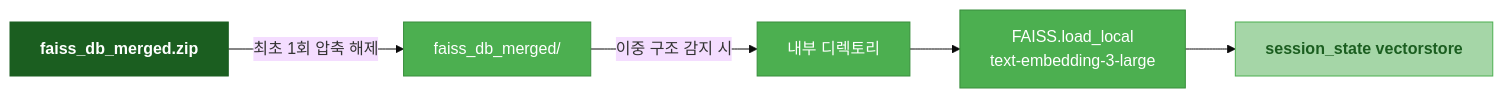
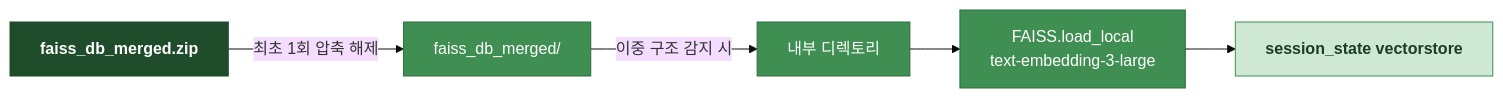
Before and after one commit to young017/VEGAN: the third of 3 diagrams in README.md, drawn with Mermaid (base theme). The commit also changed other lines of this file, not shown here.

````diff
--- a/README.md
+++ b/README.md
@@ -52,11 +53,11 @@
 ```mermaid
 flowchart LR
-    classDef file   fill:#1b5e20,stroke:#1b5e20,color:#fff,font-weight:bold
-    classDef proc   fill:#4CAF50,stroke:#388E3C,color:#fff
-    classDef result fill:#A5D6A7,stroke:#4CAF50,color:#1b5e20,font-weight:bold
+    classDef file   fill:#1F4D2B,stroke:#1F4D2B,color:#fff,font-weight:bold
+    classDef proc   fill:#3F8F52,stroke:#2E6E3E,color:#fff
+    classDef result fill:#CFE8D3,stroke:#3F8F52,color:#1B3D24,font-weight:bold
 
     A[faiss_db_merged.zip]:::file -->|최초 1회 압축 해제| B[faiss_db_merged/]:::proc
     B -->|이중 구조 감지 시| C[내부 디렉토리]:::proc
     C --> D[FAISS.load_local\ntext-embedding-3-large]:::proc
     D --> E[session_state vectorstore]:::result
 ```
````
